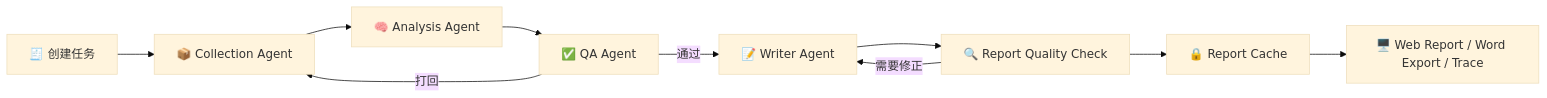
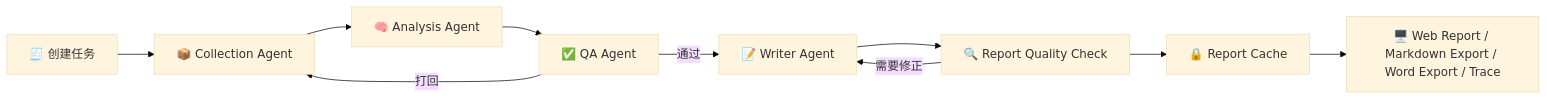
One commit to Moonsqueaks/CompeteX-Agent changed the first of 2 diagrams in README.md. Above: the diagram before and after it, drawn with Mermaid (base theme). The commit also changed other lines of this file, not shown here.

````diff
--- a/README.md
+++ b/README.md
@@ -88,12 +89,12 @@
 ```mermaid
 flowchart LR
     Start["🧾 创建任务"] --> C["📦 Collection Agent"]
     C --> A["🧠 Analysis Agent"]
     A --> Q["✅ QA Agent"]
     Q -->|通过| W["📝 Writer Agent"]
     Q -->|打回| C
     W --> QC["🔍 Report Quality Check"]
     QC -->|需要修正| W
     QC --> Cache["🔒 Report Cache"]
-    Cache --> UI["🖥️ Web Report / Word Export / Trace"]
+    Cache --> UI["🖥️ Web Report / Markdown Export / Word Export / Trace"]
 ```
````
